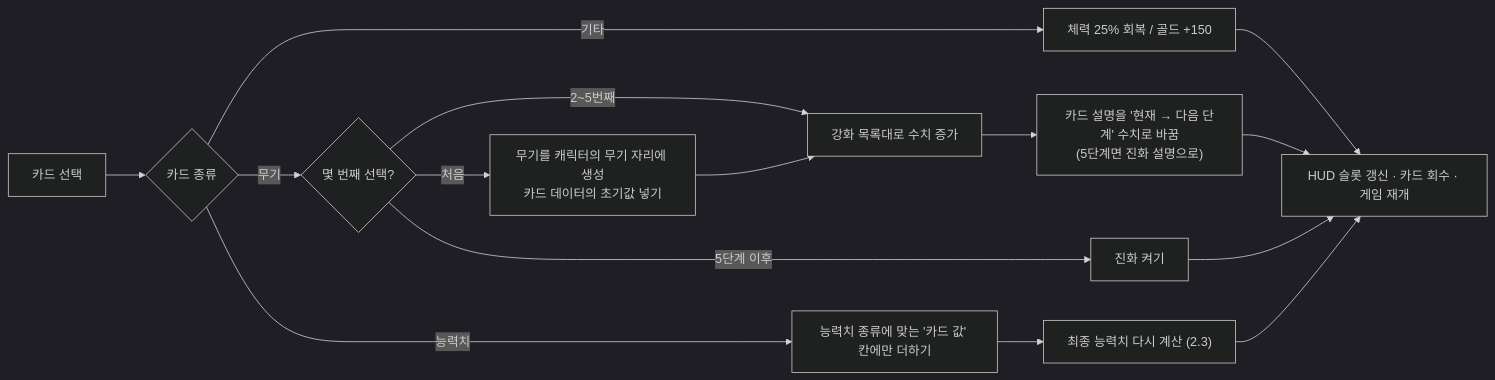
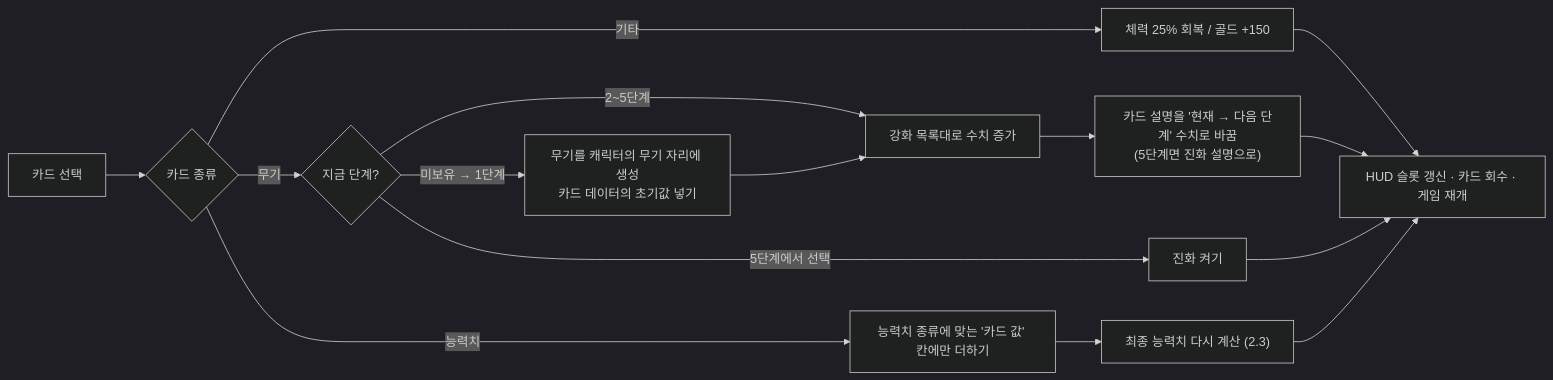
One commit to NaJungWon/portfolio changed the seventh of 11 diagrams in src/03-dgs/기술문서.md. Above: the diagram before and after it, drawn with Mermaid (dark theme). The commit also changed other lines of this file, not shown here.

````diff
--- a/src/03-dgs/기술문서.md
+++ b/src/03-dgs/기술문서.md
@@ -485,17 +498,17 @@
 ```mermaid
 flowchart LR
     SEL["카드 선택"] --> T{"카드 종류"}
     T -->|"기타"| E["체력 25% 회복 / 골드 +150"]
-    T -->|"무기"| L{"몇 번째 선택?"}
-    L -->|"처음"| NEW["무기를 캐릭터의 무기 자리에 생성<br/>카드 데이터의 초기값 넣기"]
-    L -->|"2~5번째"| UP["강화 목록대로 수치 증가"]
-    L -->|"5단계 이후"| AR["진화 켜기"]
+    T -->|"무기"| L{"지금 단계?"}
+    L -->|"미보유 → 1단계"| NEW["무기를 캐릭터의 무기 자리에 생성<br/>카드 데이터의 초기값 넣기"]
+    L -->|"2~5단계"| UP["강화 목록대로 수치 증가"]
+    L -->|"5단계에서 선택"| AR["진화 켜기"]
     NEW --> UP
     UP --> DESC["카드 설명을 '현재 → 다음 단계' 수치로 바꿈<br/>(5단계면 진화 설명으로)"]
     T -->|"능력치"| AB["능력치 종류에 맞는 '카드 값' 칸에만 더하기"]
     AB --> RE["최종 능력치 다시 계산 (2.3)"]
     E --> END["HUD 슬롯 갱신 · 카드 회수 · 게임 재개"]
     DESC --> END
     AR --> END
     RE --> END
 ```
````
